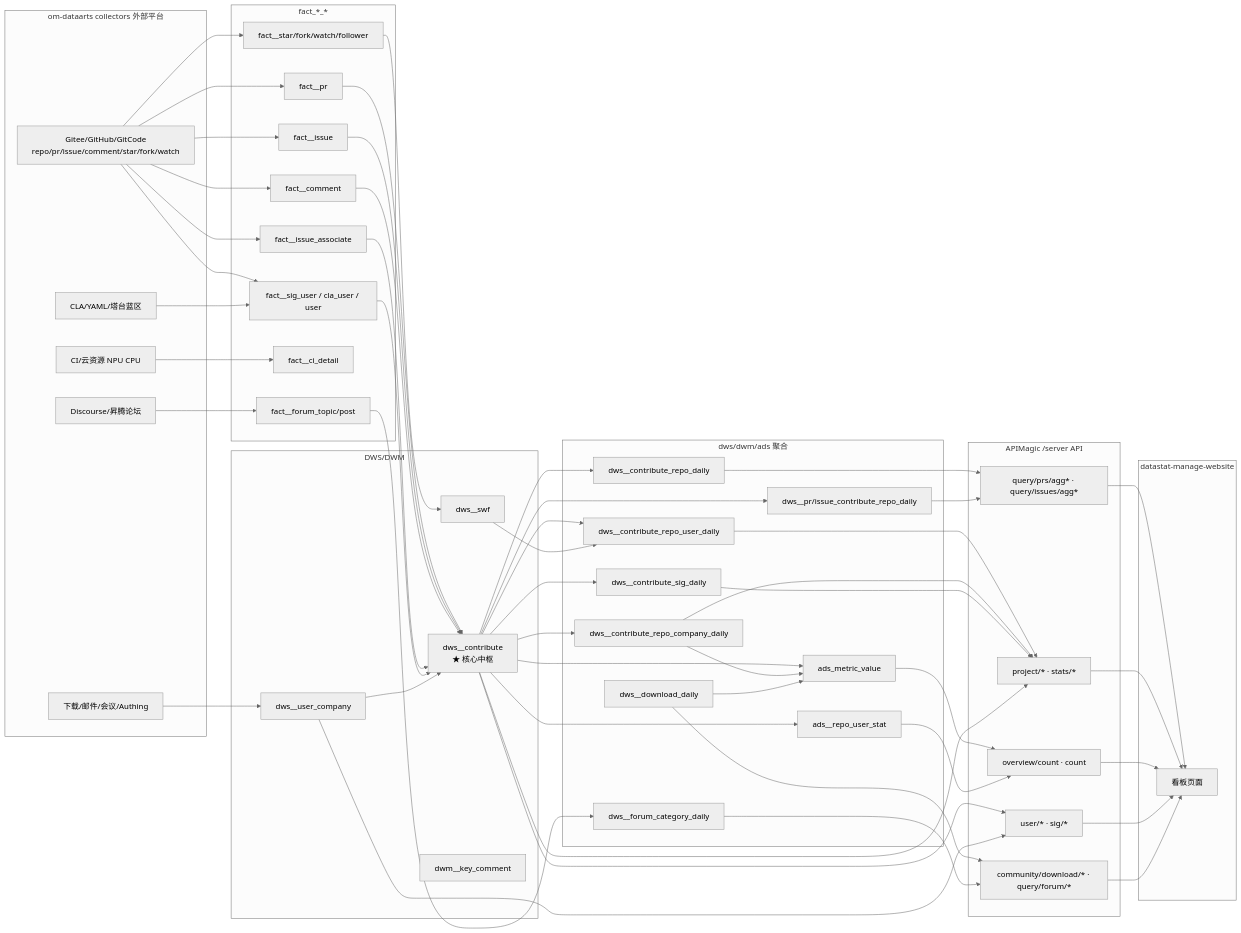
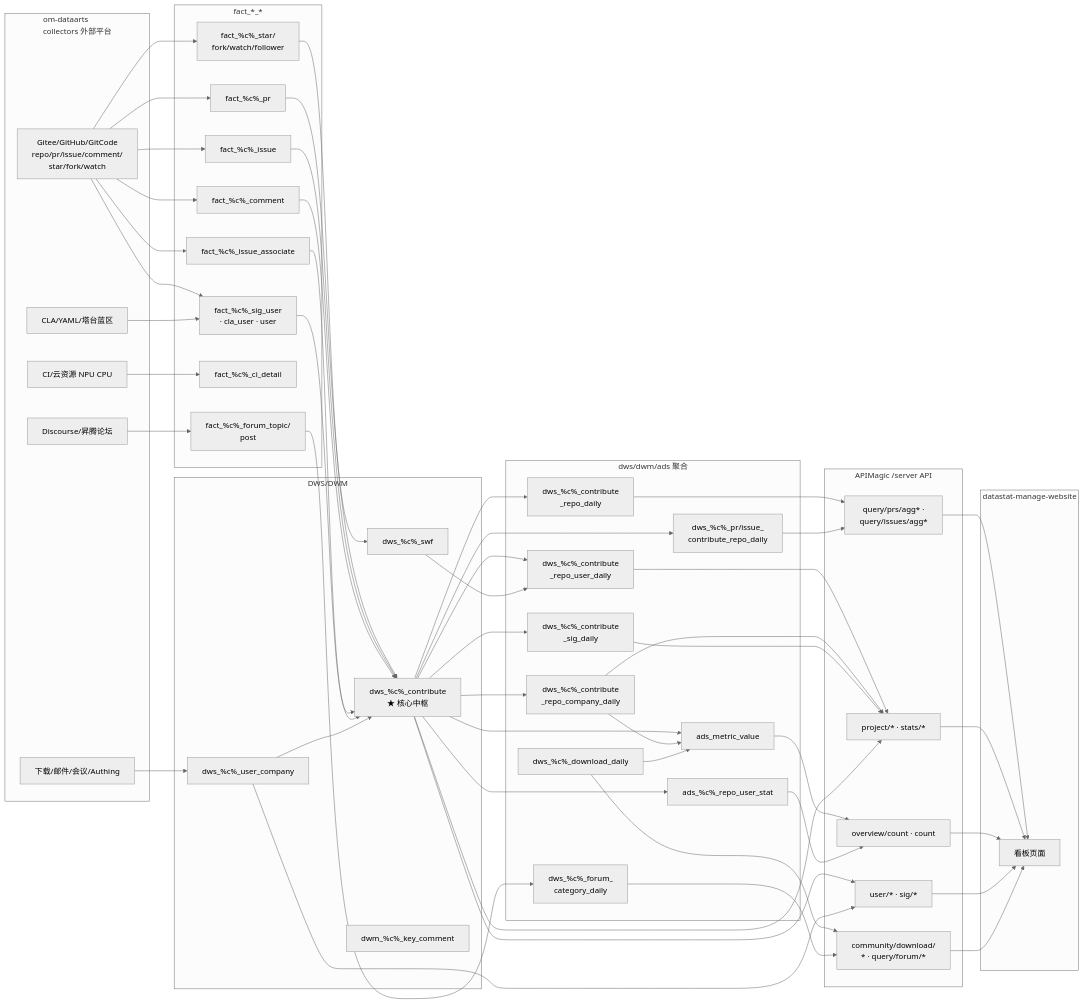
Before and after one commit to Kaede10/om-data: the first of 5 diagrams in src/om-datacenter.md, drawn with Mermaid (neutral theme). The commit also changed other lines of this file, not shown here.

````diff
--- a/src/om-datacenter.md
+++ b/src/om-datacenter.md
@@ -218,77 +219,77 @@
 ```mermaid
 graph LR
-    subgraph 采集层[om-dataarts collectors 外部平台]
-        R1[Gitee/GitHub/GitCode<br/>repo/pr/issue/comment/star/fork/watch]
+    subgraph 采集层[om-dataarts<br/>collectors 外部平台]
+        R1[Gitee/GitHub/GitCode<br/>repo/pr/issue/comment/<br/>star/fork/watch]
         F1[Discourse/昇腾论坛]
         C1[CI/云资源 NPU CPU]
         D1[下载/邮件/会议/Authing]
         E1[CLA/YAML/塔台蓝区]
     end
 
     subgraph 贴源层[fact_*_*]
-        F_PR[fact_<c>_pr]
-        F_IS[fact_<c>_issue]
-        F_CO[fact_<c>_comment]
-        F_AS[fact_<c>_issue_associate]
-        F_SWF[fact_<c>_star/fork/watch/follower]
-        F_FO[fact_<c>_forum_topic/post]
-        F_CI[fact_<c>_ci_detail]
-        F_US[fact_<c>_sig_user / cla_user / user]
+        F_PR[fact_%c%_pr]
+        F_IS[fact_%c%_issue]
+        F_CO[fact_%c%_comment]
+        F_AS[fact_%c%_issue_associate]
+        F_SWF[fact_%c%_star/<br/>fork/watch/follower]
+        F_FO[fact_%c%_forum_topic/<br/>post]
+        F_CI[fact_%c%_ci_detail]
+        F_US[fact_%c%_sig_user<br/>· cla_user · user]
     end
 
     subgraph 核心层[DWS/DWM]
-        DWS_C[dws_<c>_contribute<br/>★ 核心中枢]
-        DWS_S[dws_<c>_swf]
-        DWS_UC[dws_<c>_user_company]
-        DWM_K[dwm_<c>_key_comment]
+        DWS_C[dws_%c%_contribute<br/>★ 核心中枢]
+        DWS_S[dws_%c%_swf]
+        DWS_UC[dws_%c%_user_company]
+        DWM_K[dwm_%c%_key_comment]
     end
 
     subgraph 汇总层[dws/dwm/ads 聚合]
-        DRD[dws_<c>_contribute_repo_daily]
-        DRUD[dws_<c>_contribute_repo_user_daily]
-        DRCD[dws_<c>_contribute_repo_company_daily]
-        DSD[dws_<c>_contribute_sig_daily]
-        DI[dws_<c>_pr/issue_contribute_repo_daily]
+        DRD[dws_%c%_contribute<br/>_repo_daily]
+        DRUD[dws_%c%_contribute<br/>_repo_user_daily]
+        DRCD[dws_%c%_contribute<br/>_repo_company_daily]
+        DSD[dws_%c%_contribute<br/>_sig_daily]
+        DI[dws_%c%_pr/issue_<br/>contribute_repo_daily]
         ADS[ads_metric_value]
-        ADSRU[ads_<c>_repo_user_stat]
-        DFD[dws_<c>_forum_category_daily]
-        DCD[dws_<c>_download_daily]
+        ADSRU[ads_%c%_repo_user_stat]
+        DFD[dws_%c%_forum_<br/>category_daily]
+        DCD[dws_%c%_download_daily]
     end
 
     subgraph 服务层[APIMagic /server API]
-        A1[query/prs/agg* · query/issues/agg*]
+        A1[query/prs/agg* ·<br/>query/issues/agg*]
         A2[project/* · stats/*]
         A3[overview/count · count]
         A4[user/* · sig/*]
-        A5[community/download/* · query/forum/*]
+        A5[community/download/<br/>* · query/forum/*]
     end
 
     subgraph 前端[datastat-manage-website]
         UI[看板页面]
     end
 
     R1 --> F_PR & F_IS & F_CO & F_AS & F_SWF & F_US
     F1 --> F_FO
     C1 --> F_CI
     D1 --> DWS_UC
     E1 --> F_US
 
     F_PR & F_IS & F_CO & F_AS --> DWS_C
     F_SWF --> DWS_S
     F_US --> DWS_C
     DWS_UC --> DWS_C
 
     DWS_C --> DRD & DRUD & DRCD & DSD & DI & ADSRU & ADS
     DWS_S --> DRUD
     DRCD --> ADS
     F_FO --> DFD
     DCD --> ADS
 
     DRD & DI --> A1
     DRUD & DRCD & DSD & DWS_C --> A2
     ADS & ADSRU --> A3
     DWS_C & DWS_UC --> A4
     DCD & DFD --> A5
 
     A1 & A2 & A3 & A4 & A5 --> UI
 ```
````
